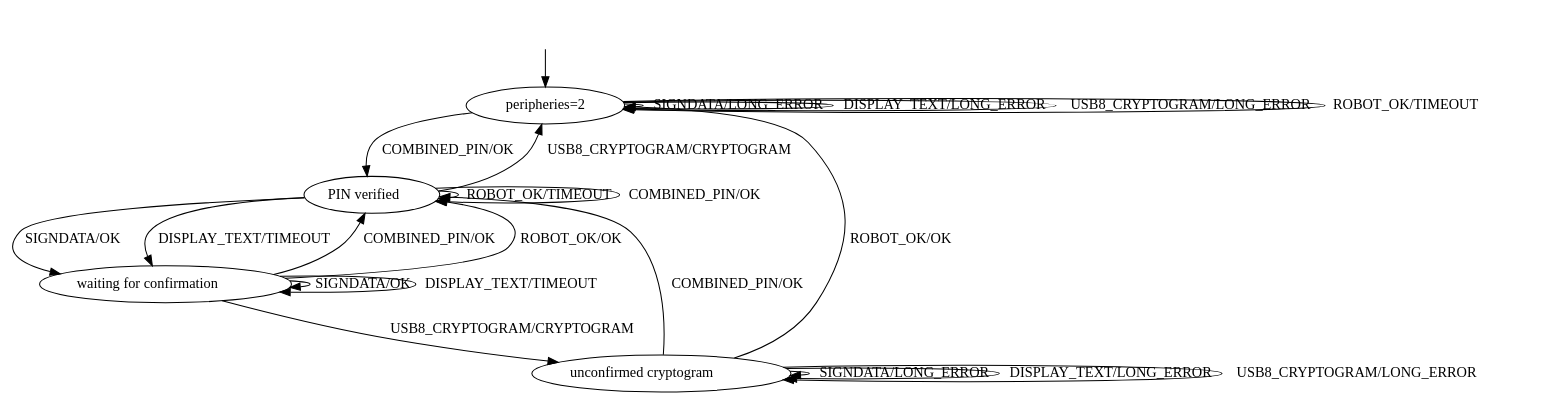
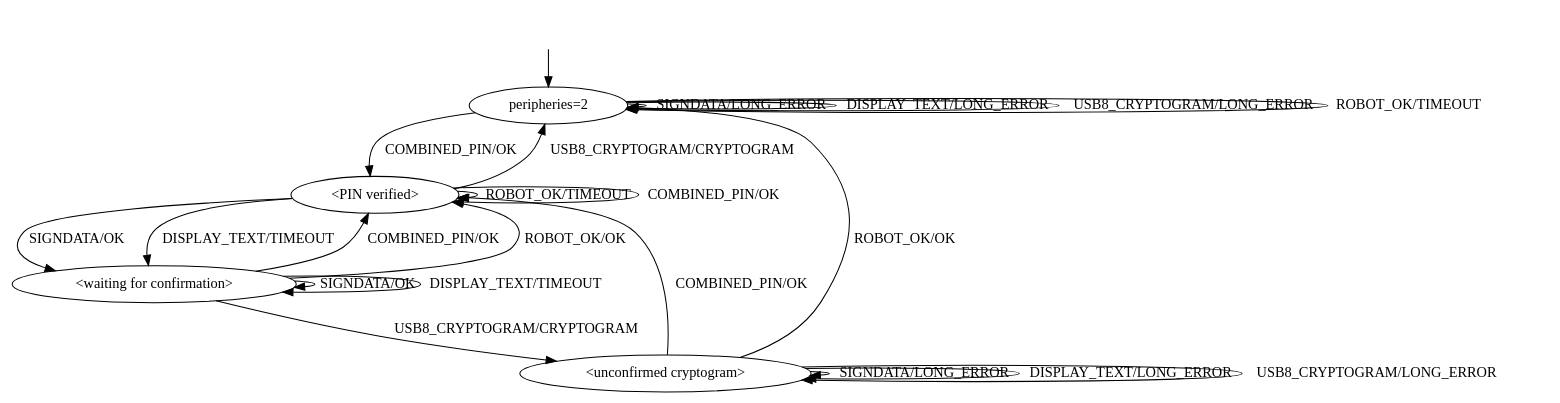
One commit to damascenodiego/automata_wiki changed the diagram in benchmarks/Edentifier2/learnresult_old_device-simple_fix.dot. Above: the diagram before and after it, drawn with Graphviz. The commit also changed 59 other files, not shown here.

```diff
--- a/benchmarks/Edentifier2/learnresult_old_device-simple_fix.dot
+++ b/benchmarks/Edentifier2/learnresult_old_device-simple_fix.dot
@@ -1,28 +1,28 @@
 digraph G {
 initialized [label="peripheries=2"];
-PIN_verified [label=<PIN verified>];
-waiting_for_confirmation [label=<waiting for confirmation>];
-unconfirmed_cryptogram [label=<unconfirmed cryptogram>];
+PIN_verified [label="<PIN verified>"];
+waiting_for_confirmation [label="<waiting for confirmation>"];
+unconfirmed_cryptogram [label="<unconfirmed cryptogram>"];
 initialized -> initialized  [label="SIGNDATA/LONG_ERROR"];
 initialized -> initialized  [label="DISPLAY_TEXT/LONG_ERROR"];
 initialized -> initialized  [label="USB8_CRYPTOGRAM/LONG_ERROR"];
 initialized -> initialized  [label="ROBOT_OK/TIMEOUT"];
 initialized -> PIN_verified  [label="COMBINED_PIN/OK"];
 PIN_verified -> initialized  [label="USB8_CRYPTOGRAM/CRYPTOGRAM"];
 PIN_verified -> PIN_verified  [label="ROBOT_OK/TIMEOUT"];
 PIN_verified -> PIN_verified  [label="COMBINED_PIN/OK"];
 PIN_verified -> waiting_for_confirmation  [label="SIGNDATA/OK"];
 PIN_verified -> waiting_for_confirmation  [label="DISPLAY_TEXT/TIMEOUT"];
 waiting_for_confirmation -> PIN_verified  [label="COMBINED_PIN/OK"];
 waiting_for_confirmation -> PIN_verified  [label="ROBOT_OK/OK"];
 waiting_for_confirmation -> waiting_for_confirmation  [label="SIGNDATA/OK"];
 waiting_for_confirmation -> waiting_for_confirmation  [label="DISPLAY_TEXT/TIMEOUT"];
 waiting_for_confirmation -> unconfirmed_cryptogram  [label="USB8_CRYPTOGRAM/CRYPTOGRAM"];
 unconfirmed_cryptogram -> initialized  [label="ROBOT_OK/OK"];
 unconfirmed_cryptogram -> PIN_verified  [label="COMBINED_PIN/OK"];
 unconfirmed_cryptogram -> unconfirmed_cryptogram  [label="SIGNDATA/LONG_ERROR"];
 unconfirmed_cryptogram -> unconfirmed_cryptogram  [label="DISPLAY_TEXT/LONG_ERROR"];
 unconfirmed_cryptogram -> unconfirmed_cryptogram  [label="USB8_CRYPTOGRAM/LONG_ERROR"];
 __start0 [label="" shape="none"];
 __start0 -> initialized;
 }
```
